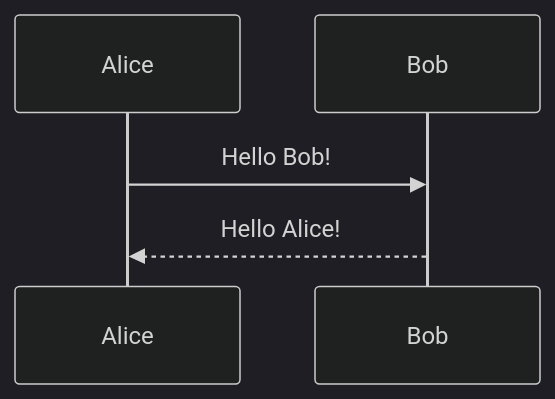
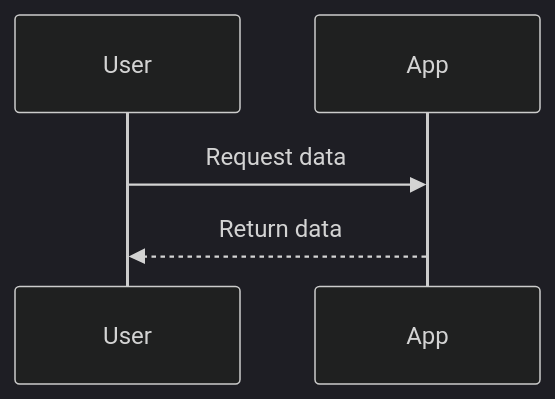
One commit to unlockopen/orc2pdf changed the second of 3 diagrams in test.md. Above: the diagram before and after it, drawn with Mermaid (dark theme). The commit also changed other lines of this file and 4 other files, not shown here.

````diff
--- a/test.md
+++ b/test.md
@@ -176,7 +285,7 @@
 ```mermaid
 sequenceDiagram
-    participant A as Alice
-    participant B as Bob
-    A->>B: Hello Bob!
-    B-->>A: Hello Alice!
+  participant User
+  participant App
+  User->>App: Request data
+  App-->>User: Return data
 ```
````
